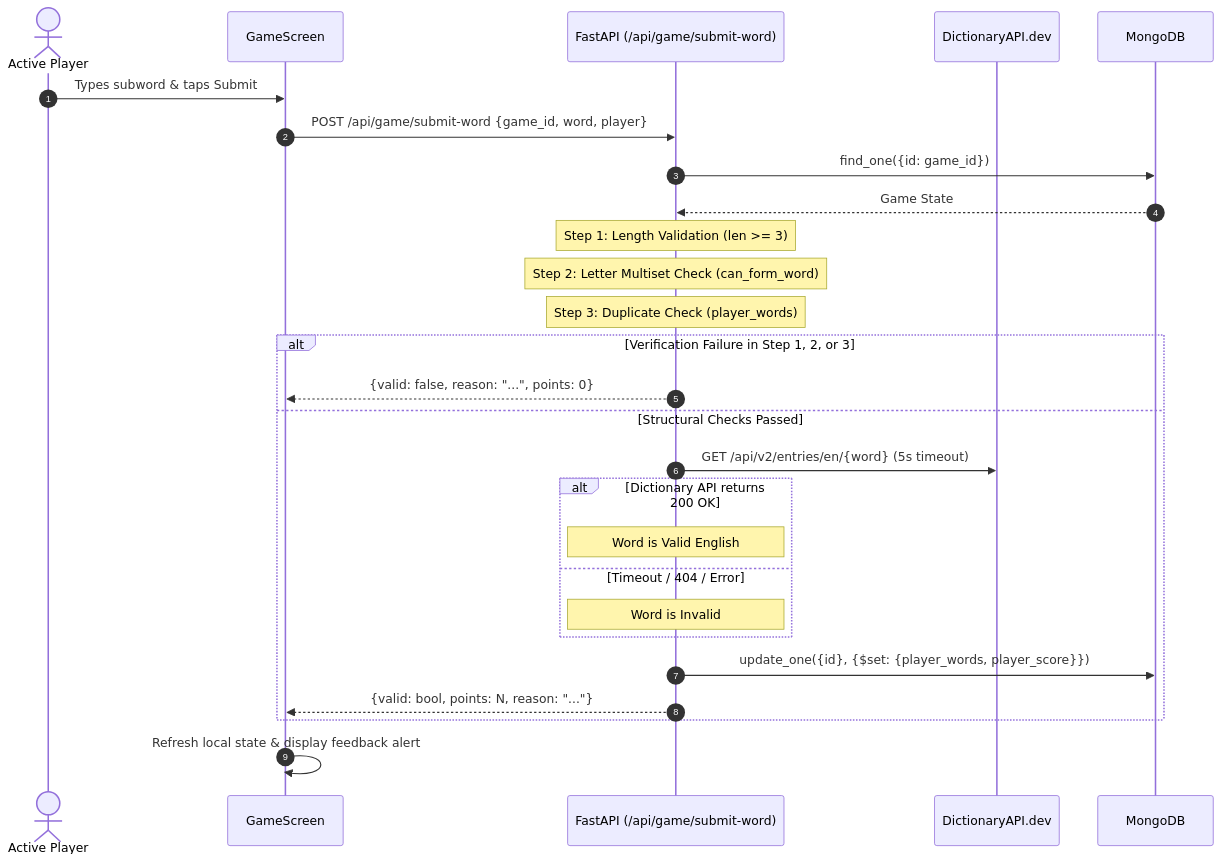
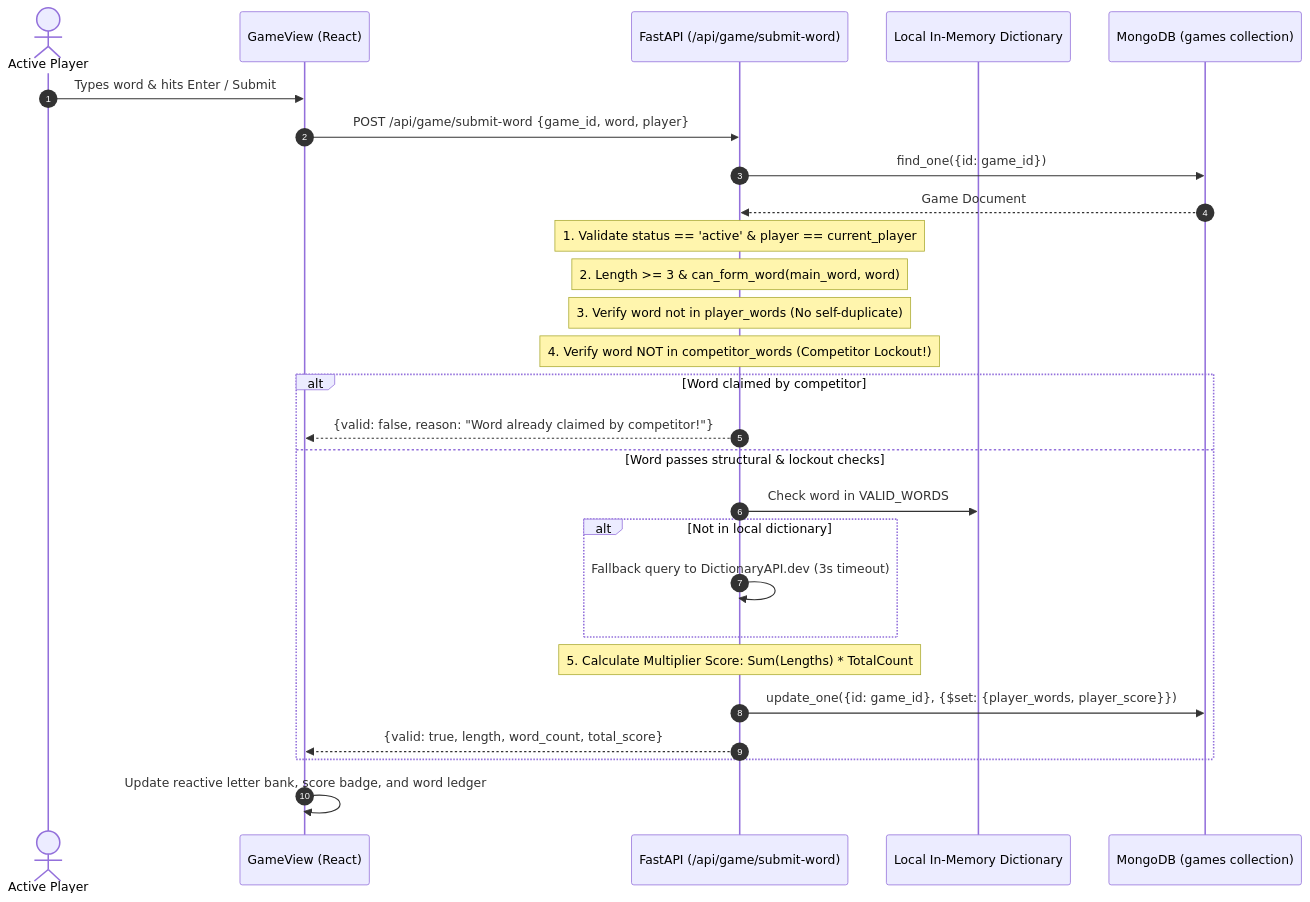
The second of 2 diagrams in docs/ARCHITECTURE.md (amitbora007/subwords-game), drawn with Mermaid before and after one commit. The commit also changed other lines of this file and 41 other files, not shown here.

Commit message:
feat: revamp to ReactJS web app, 6+ letter words, multiplier scoring, and lockout rule

````diff
--- a/docs/ARCHITECTURE.md
+++ b/docs/ARCHITECTURE.md
@@ -169,32 +86,32 @@
 ```mermaid
 sequenceDiagram
     autonumber
     actor Player as Active Player
-    participant Client as GameScreen
+    participant UI as GameView (React)
     participant API as FastAPI (/api/game/submit-word)
-    participant DictAPI as DictionaryAPI.dev
-    participant Mongo as MongoDB
+    participant Dict as Local In-Memory Dictionary
+    participant Mongo as MongoDB (games collection)
 
-    Player->>Client: Types subword & taps Submit
-    Client->>API: POST /api/game/submit-word {game_id, word, player}
+    Player->>UI: Types word & hits Enter / Submit
+    UI->>API: POST /api/game/submit-word {game_id, word, player}
     API->>Mongo: find_one({id: game_id})
-    Mongo-->>API: Game State
+    Mongo-->>API: Game Document
 
-    Note over API: Step 1: Length Validation (len >= 3)
-    Note over API: Step 2: Letter Multiset Check (can_form_word)
-    Note over API: Step 3: Duplicate Check (player_words)
-    
-    alt Verification Failure in Step 1, 2, or 3
-        API-->>Client: {valid: false, reason: "...", points: 0}
-    else Structural Checks Passed
-        API->>DictAPI: GET /api/v2/entries/en/{word} (5s timeout)
-        alt Dictionary API returns 200 OK
-            Note over API: Word is Valid English
-        else Timeout / 404 / Error
-            Note over API: Word is Invalid
+    Note over API: 1. Validate status == 'active' & player == current_player
+    Note over API: 2. Length >= 3 & can_form_word(main_word, word)
+    Note over API: 3. Verify word not in player_words (No self-duplicate)
+    Note over API: 4. Verify word NOT in competitor_words (Competitor Lockout!)
+
+    alt Word claimed by competitor
+        API-->>UI: {valid: false, reason: "Word already claimed by competitor!"}
+    else Word passes structural & lockout checks
+        API->>Dict: Check word in VALID_WORDS
+        alt Not in local dictionary
+            API->>API: Fallback query to DictionaryAPI.dev (3s timeout)
         end
-        API->>Mongo: update_one({id}, {$set: {player_words, player_score}})
-        API-->>Client: {valid: bool, points: N, reason: "..."}
+        Note over API: 5. Calculate Multiplier Score: Sum(Lengths) * TotalCount
+        API->>Mongo: update_one({id: game_id}, {$set: {player_words, player_score}})
+        API-->>UI: {valid: true, length, word_count, total_score}
     end
-    Client->>Client: Refresh local state & display feedback alert
+    UI->>UI: Update reactive letter bank, score badge, and word ledger
 ```
````
